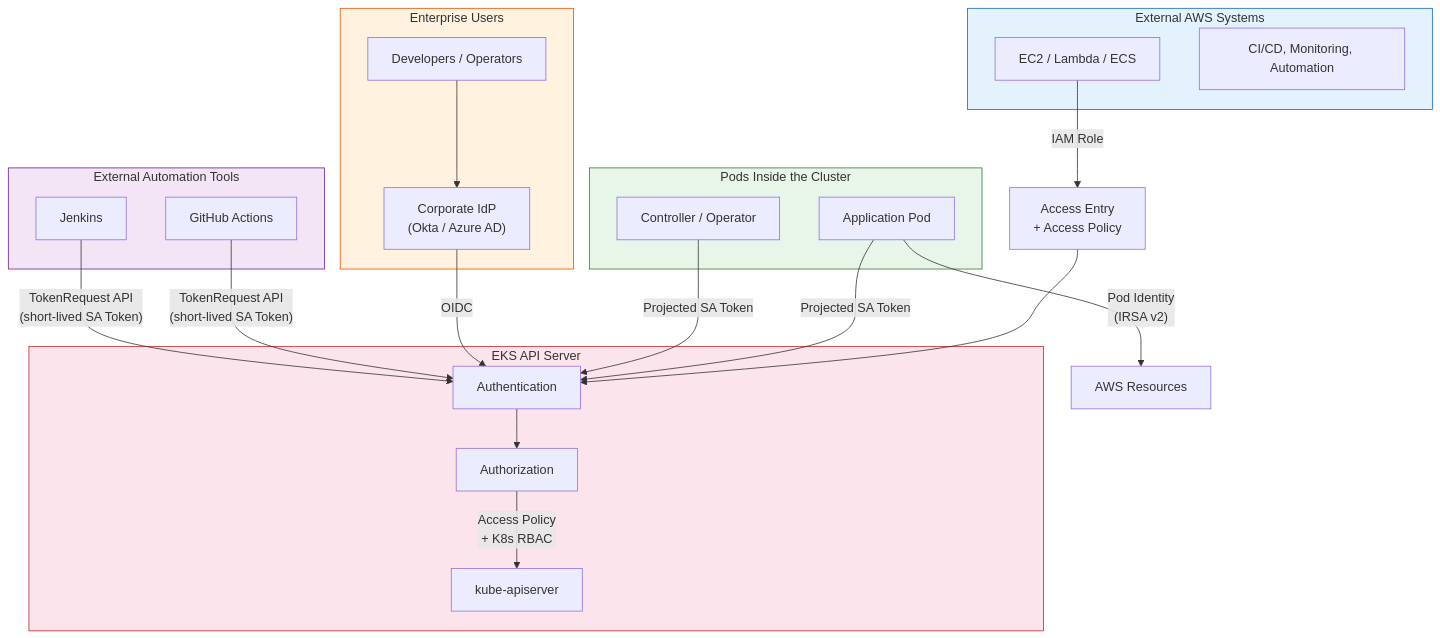
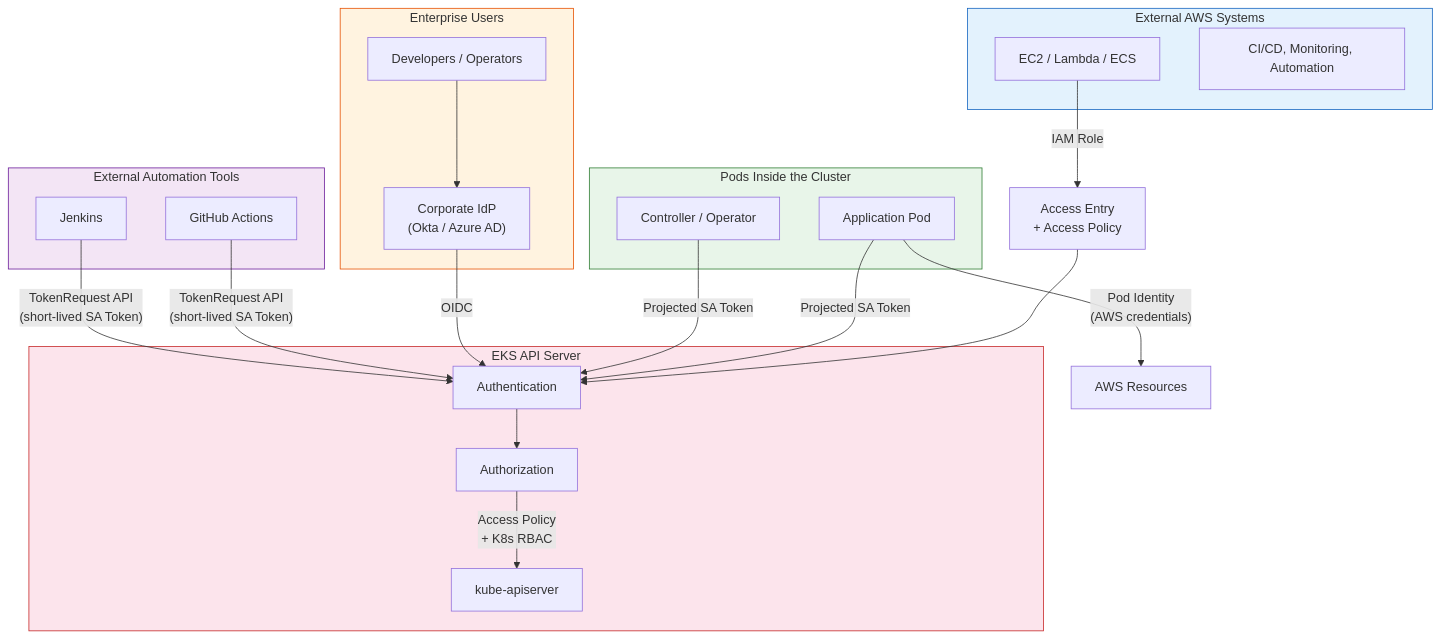
Before and after one commit to devfloor9/engineering-playbook: the diagram in i18n/en/docusaurus-plugin-content-docs/current/eks-best-practices/security-authn/eks-api-server-authn-authz.md, drawn with Mermaid. The commit also changed other lines of this file and 3 other files, not shown here.

````diff
--- a/i18n/en/docusaurus-plugin-content-docs/current/eks-best-practices/security-authn/eks-api-server-authn-authz.md
+++ b/i18n/en/docusaurus-plugin-content-docs/current/eks-best-practices/security-authn/eks-api-server-authn-authz.md
@@ -326,50 +338,50 @@
 ```mermaid
 flowchart TB
     subgraph External["External AWS Systems"]
         EC2["EC2 / Lambda / ECS"]
         CICD_EXT["CI/CD, Monitoring, Automation"]
     end
 
     subgraph Internal["Pods Inside the Cluster"]
         Pod["Application Pod"]
         Controller["Controller / Operator"]
     end
 
     subgraph Enterprise["Enterprise Users"]
         Dev["Developers / Operators"]
         IdP["Corporate IdP<br/>(Okta / Azure AD)"]
     end
 
     subgraph ExtAuto["External Automation Tools"]
         GHA["GitHub Actions"]
         Jenkins["Jenkins"]
     end
 
     subgraph EKS["EKS API Server"]
         AuthN["Authentication"]
         AuthZ["Authorization"]
         APIServer["kube-apiserver"]
     end
 
     EC2 -->|"IAM Role"| AccessEntry["Access Entry<br/>+ Access Policy"]
     AccessEntry --> AuthN
 
-    Pod -->|"Pod Identity<br/>(IRSA v2)"| AWSResources["AWS Resources"]
+    Pod -->|"Pod Identity<br/>(AWS credentials)"| AWSResources["AWS Resources"]
     Pod -->|"Projected SA Token"| AuthN
     Controller -->|"Projected SA Token"| AuthN
 
     Dev --> IdP
     IdP -->|"OIDC"| AuthN
 
     GHA -->|"TokenRequest API<br/>(short-lived SA Token)"| AuthN
     Jenkins -->|"TokenRequest API<br/>(short-lived SA Token)"| AuthN
 
     AuthN --> AuthZ
     AuthZ -->|"Access Policy<br/>+ K8s RBAC"| APIServer
 
     style External fill:#e3f2fd,stroke:#1565c0
     style Internal fill:#e8f5e9,stroke:#2e7d32
     style Enterprise fill:#fff3e0,stroke:#e65100
     style ExtAuto fill:#f3e5f5,stroke:#6a1b9a
     style EKS fill:#fce4ec,stroke:#c62828
 ```
````
